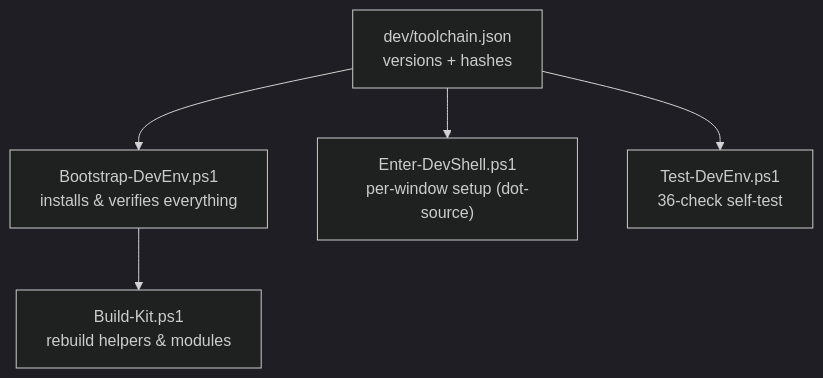
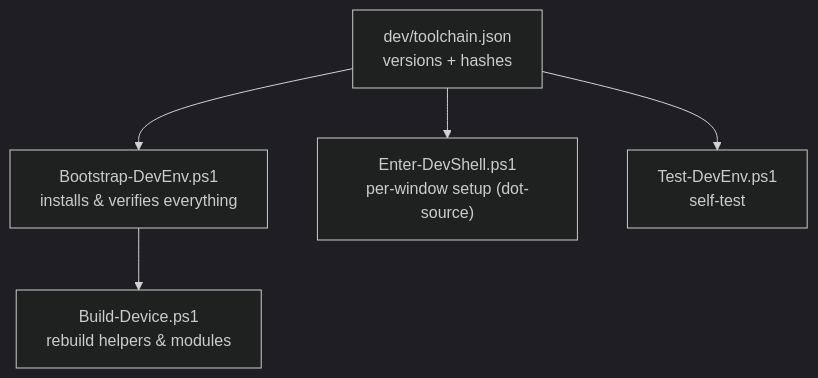
The diagram in docs/reference/environment.md (jim-wyatt/MotoRoot), drawn with Mermaid (dark theme) before and after one commit. The commit also changed other lines of this file and 45 other files, not shown here.

````diff
--- a/docs/reference/environment.md
+++ b/docs/reference/environment.md
@@ -7,8 +7,8 @@
 ```mermaid
 flowchart TB
     T["dev/toolchain.json<br/>versions + hashes"]
     T --> B["Bootstrap-DevEnv.ps1<br/>installs & verifies everything"]
     T --> E["Enter-DevShell.ps1<br/>per-window setup (dot-source)"]
-    T --> TEST["Test-DevEnv.ps1<br/>36-check self-test"]
-    B --> BK["Build-Kit.ps1<br/>rebuild helpers & modules"]
+    T --> TEST["Test-DevEnv.ps1<br/>self-test"]
+    B --> BK["Build-Device.ps1<br/>rebuild helpers & modules"]
 ```
````
